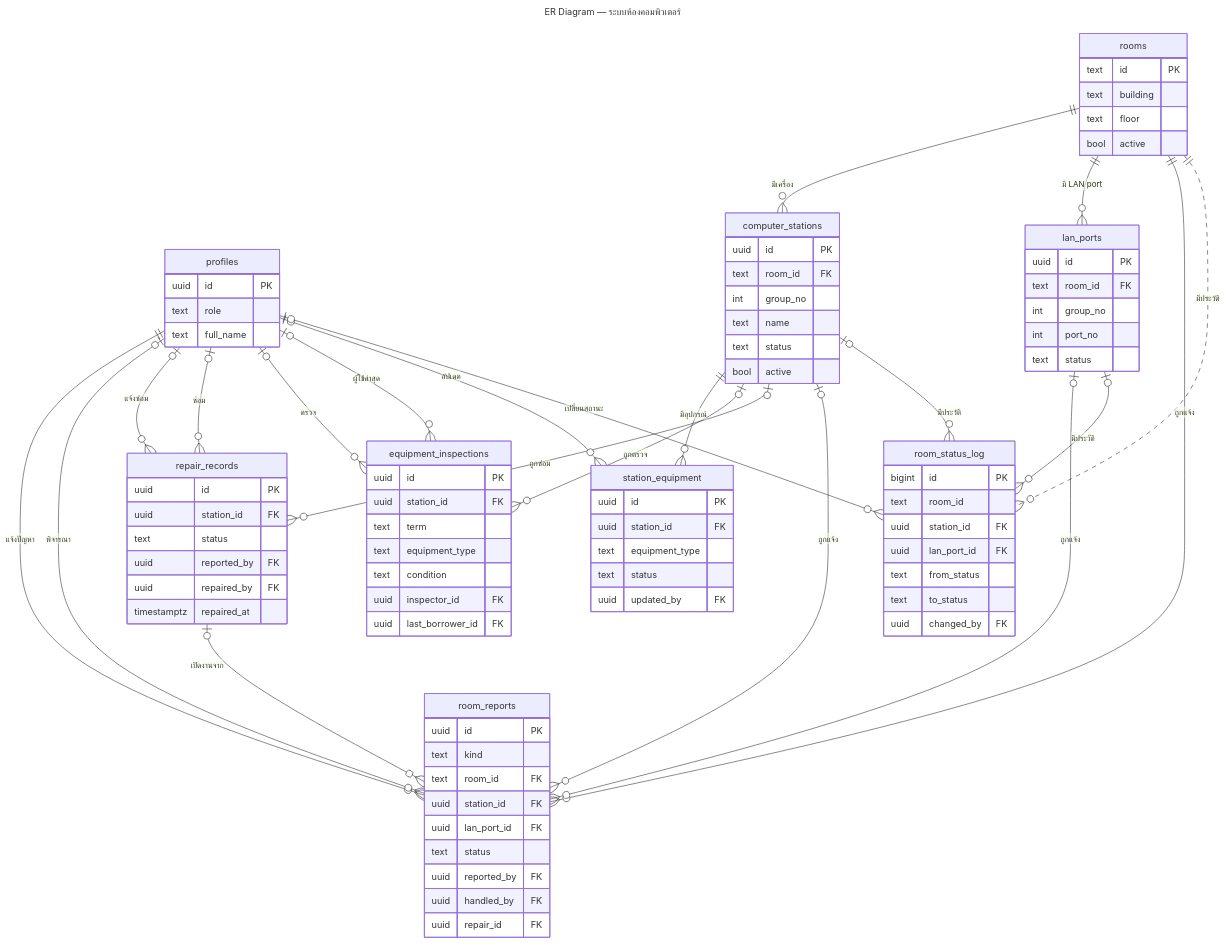
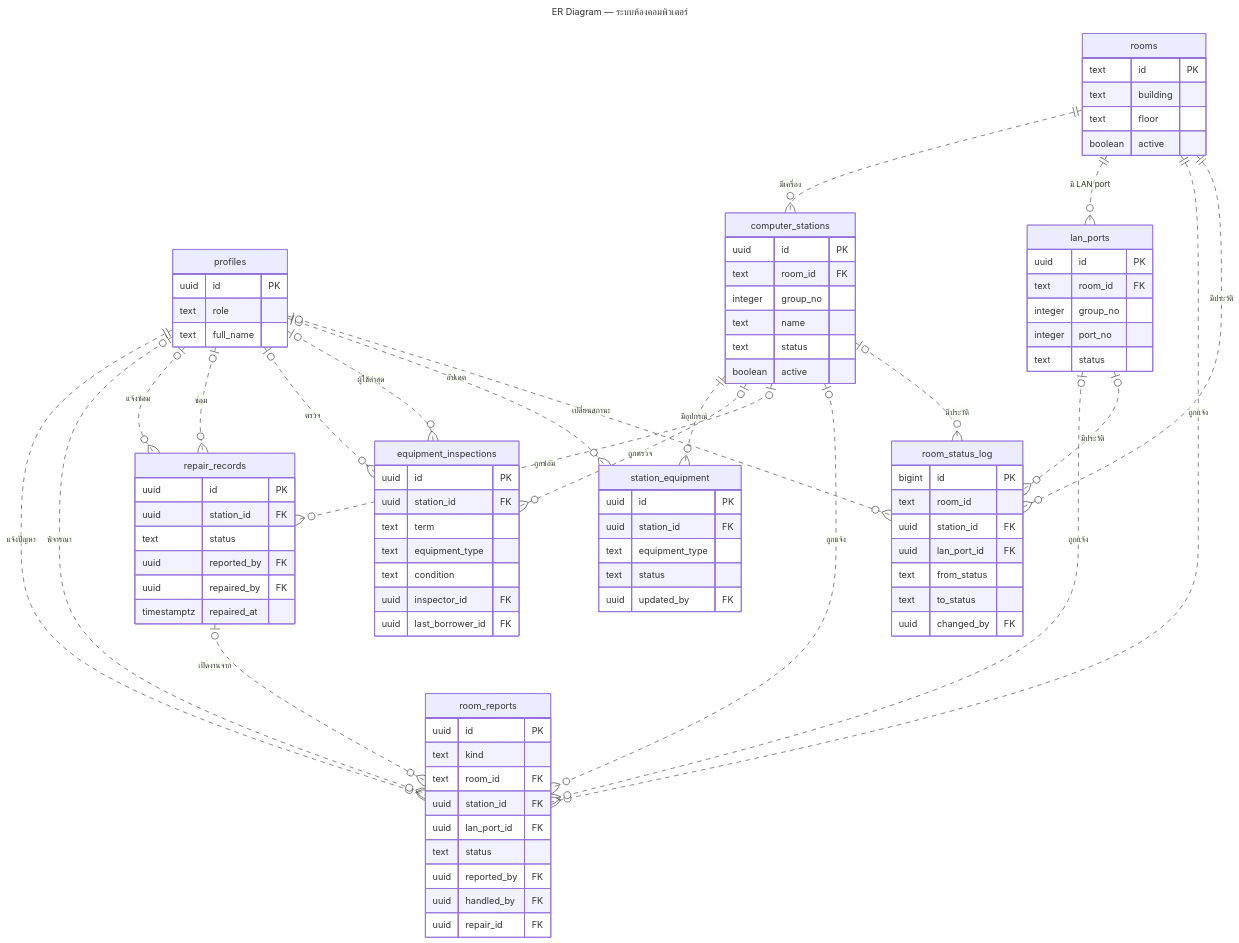
Before and after one commit to Sineeyagron/Project1: the diagram in iot-lab-management/docs/diagrams/src/er-room.mmd, drawn with Mermaid. The commit also changed 27 other files, not shown here.

```diff
--- a/iot-lab-management/docs/diagrams/src/er-room.mmd
+++ b/iot-lab-management/docs/diagrams/src/er-room.mmd
@@ -1,98 +1,98 @@
 ---
 title: ER Diagram — ระบบห้องคอมพิวเตอร์
 ---
-%% สร้างจากโครงตารางจริงใน Supabase (public schema) 28 ต.ค. 2569
+%% สร้างจากโครงตารางจริงใน Supabase (public schema) 6 พ.ย. 2569
 %% แสดงเฉพาะ PK, FK และคอลัมน์หลัก — คอลัมน์ทั้งหมดดูใน Data Dictionary · profiles ใช้ร่วมกับระบบยืม-คืน
-%% เส้นประ = ความสัมพันธ์ทางตรรกะ (room_status_log.room_id อ้างถึงห้องแต่ไม่มี FK constraint)
+%% สัญลักษณ์ Crow's Foot (IE): เส้นทึบ = identifying (PK ของลูกมี FK ของแม่) · เส้นประ = non-identifying · จำนวนฝั่งลูกตาม constraint จริง (ไม่มี unique = หลายแถว)
 erDiagram
   profiles {
     uuid id PK
     text role
     text full_name
   }
   rooms {
     text id PK
     text building
     text floor
-    bool active
+    boolean active
   }
   computer_stations {
     uuid id PK
     text room_id FK
-    int group_no
+    integer group_no
     text name
     text status
-    bool active
+    boolean active
   }
   lan_ports {
     uuid id PK
     text room_id FK
-    int group_no
-    int port_no
+    integer group_no
+    integer port_no
     text status
   }
   station_equipment {
     uuid id PK
     uuid station_id FK
     text equipment_type
     text status
     uuid updated_by FK
   }
   equipment_inspections {
     uuid id PK
     uuid station_id FK
     text term
     text equipment_type
     text condition
     uuid inspector_id FK
     uuid last_borrower_id FK
   }
   repair_records {
     uuid id PK
     uuid station_id FK
     text status
     uuid reported_by FK
     uuid repaired_by FK
     timestamptz repaired_at
   }
   room_reports {
     uuid id PK
     text kind
     text room_id FK
     uuid station_id FK
     uuid lan_port_id FK
     text status
     uuid reported_by FK
     uuid handled_by FK
     uuid repair_id FK
   }
   room_status_log {
     bigint id PK
     text room_id
     uuid station_id FK
     uuid lan_port_id FK
     text from_status
     text to_status
     uuid changed_by FK
   }
 
-  rooms ||--o{ computer_stations : "มีเครื่อง"
-  rooms ||--o{ lan_ports : "มี LAN port"
-  rooms ||--o{ room_reports : "ถูกแจ้ง"
-  computer_stations ||--o{ station_equipment : "มีอุปกรณ์"
-  computer_stations |o--o{ equipment_inspections : "ถูกตรวจ"
-  computer_stations |o--o{ repair_records : "ถูกซ่อม"
-  computer_stations |o--o{ room_reports : "ถูกแจ้ง"
-  lan_ports |o--o{ room_reports : "ถูกแจ้ง"
-  repair_records |o--o{ room_reports : "เปิดงานจาก"
-  computer_stations |o--o{ room_status_log : "มีประวัติ"
-  lan_ports |o--o{ room_status_log : "มีประวัติ"
-  profiles ||--o{ room_reports : "แจ้งปัญหา"
-  profiles |o--o{ room_reports : "พิจารณา"
-  profiles |o--o{ repair_records : "แจ้งซ่อม"
-  profiles |o--o{ repair_records : "ซ่อม"
-  profiles |o--o{ equipment_inspections : "ตรวจ"
-  profiles |o--o{ equipment_inspections : "ผู้ใช้ล่าสุด"
+  rooms ||..o{ computer_stations : "มีเครื่อง"
+  rooms ||..o{ lan_ports : "มี LAN port"
+  rooms ||..o{ room_reports : "ถูกแจ้ง"
+  computer_stations ||..o{ station_equipment : "มีอุปกรณ์"
+  computer_stations |o..o{ equipment_inspections : "ถูกตรวจ"
+  computer_stations |o..o{ repair_records : "ถูกซ่อม"
+  computer_stations |o..o{ room_reports : "ถูกแจ้ง"
+  lan_ports |o..o{ room_reports : "ถูกแจ้ง"
+  repair_records |o..o{ room_reports : "เปิดงานจาก"
+  computer_stations |o..o{ room_status_log : "มีประวัติ"
+  lan_ports |o..o{ room_status_log : "มีประวัติ"
+  profiles ||..o{ room_reports : "แจ้งปัญหา"
+  profiles |o..o{ room_reports : "พิจารณา"
+  profiles |o..o{ repair_records : "แจ้งซ่อม"
+  profiles |o..o{ repair_records : "ซ่อม"
+  profiles |o..o{ equipment_inspections : "ตรวจ"
+  profiles |o..o{ equipment_inspections : "ผู้ใช้ล่าสุด"
   rooms ||..o{ room_status_log : "มีประวัติ"
-  profiles |o--o{ station_equipment : "อัปเดต"
-  profiles |o--o{ room_status_log : "เปลี่ยนสถานะ"
+  profiles |o..o{ station_equipment : "อัปเดต"
+  profiles |o..o{ room_status_log : "เปลี่ยนสถานะ"
```
